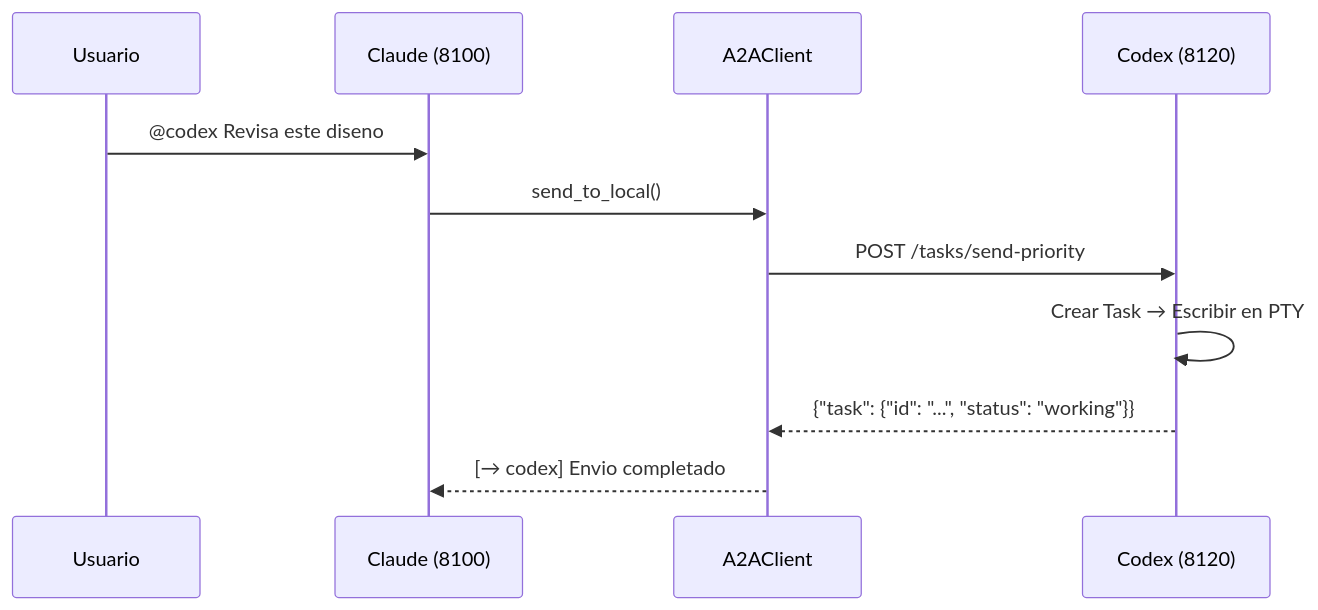
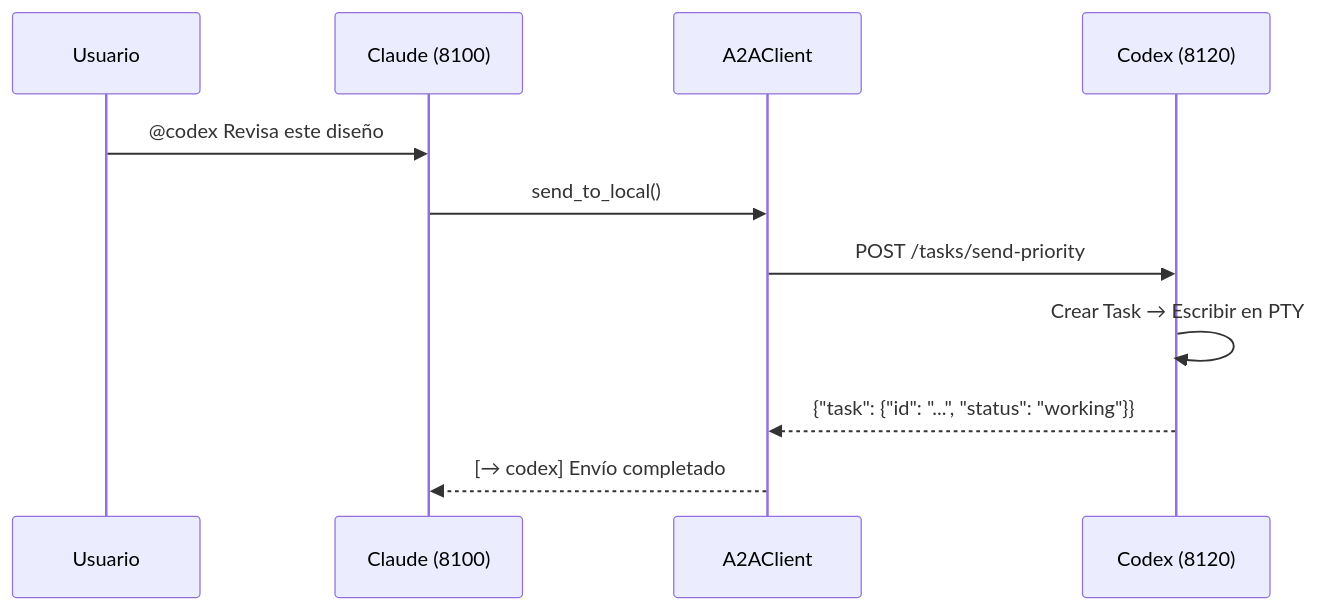
One commit to s-hiraoku/synapse-a2a changed the third of 5 diagrams in README.es.md. Above: the diagram before and after it, drawn with Mermaid. The commit also changed other lines of this file, not shown here.

````diff
--- a/README.es.md
+++ b/README.es.md
@@ -399,14 +399,14 @@
 ```mermaid
 sequenceDiagram
     participant User as Usuario
     participant Claude as Claude (8100)
     participant Client as A2AClient
     participant Codex as Codex (8120)
 
-    User->>Claude: @codex Revisa este diseno
+    User->>Claude: @codex Revisa este diseño
     Claude->>Client: send_to_local()
     Client->>Codex: POST /tasks/send-priority
     Codex->>Codex: Crear Task → Escribir en PTY
     Codex-->>Client: {"task": {"id": "...", "status": "working"}}
-    Client-->>Claude: [→ codex] Envio completado
+    Client-->>Claude: [→ codex] Envío completado
 ```
````
